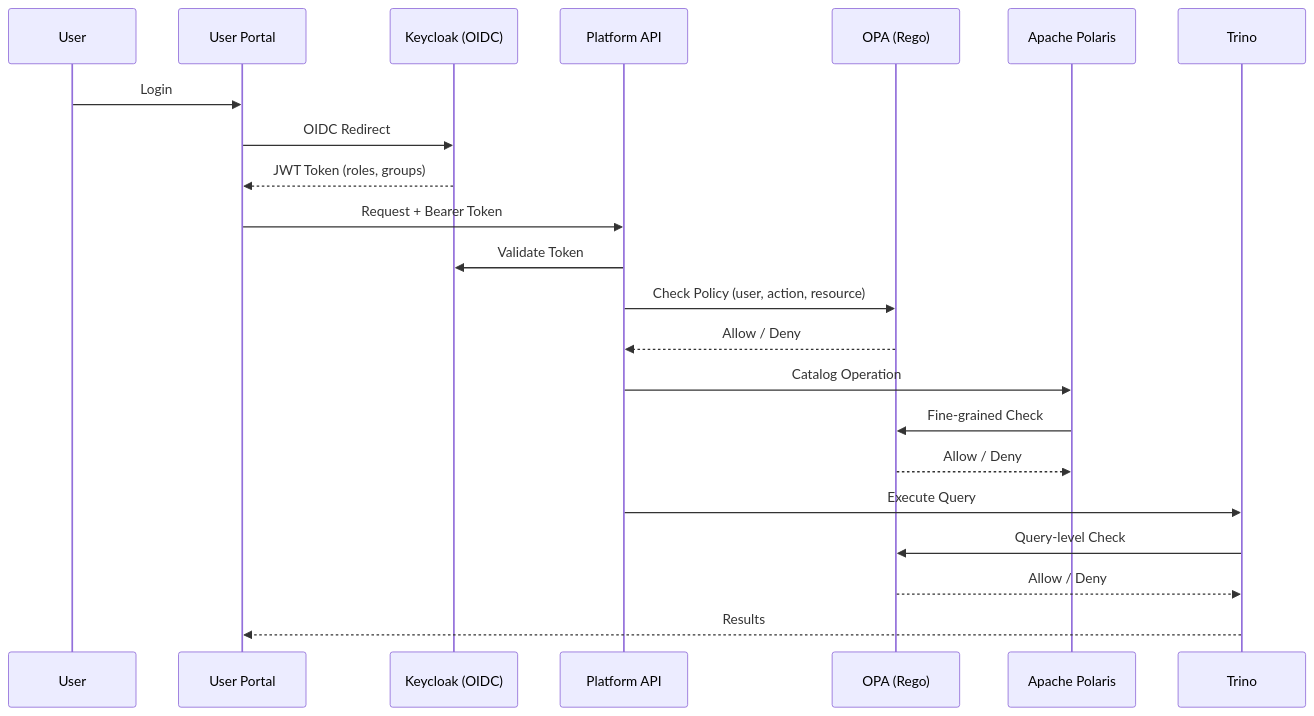
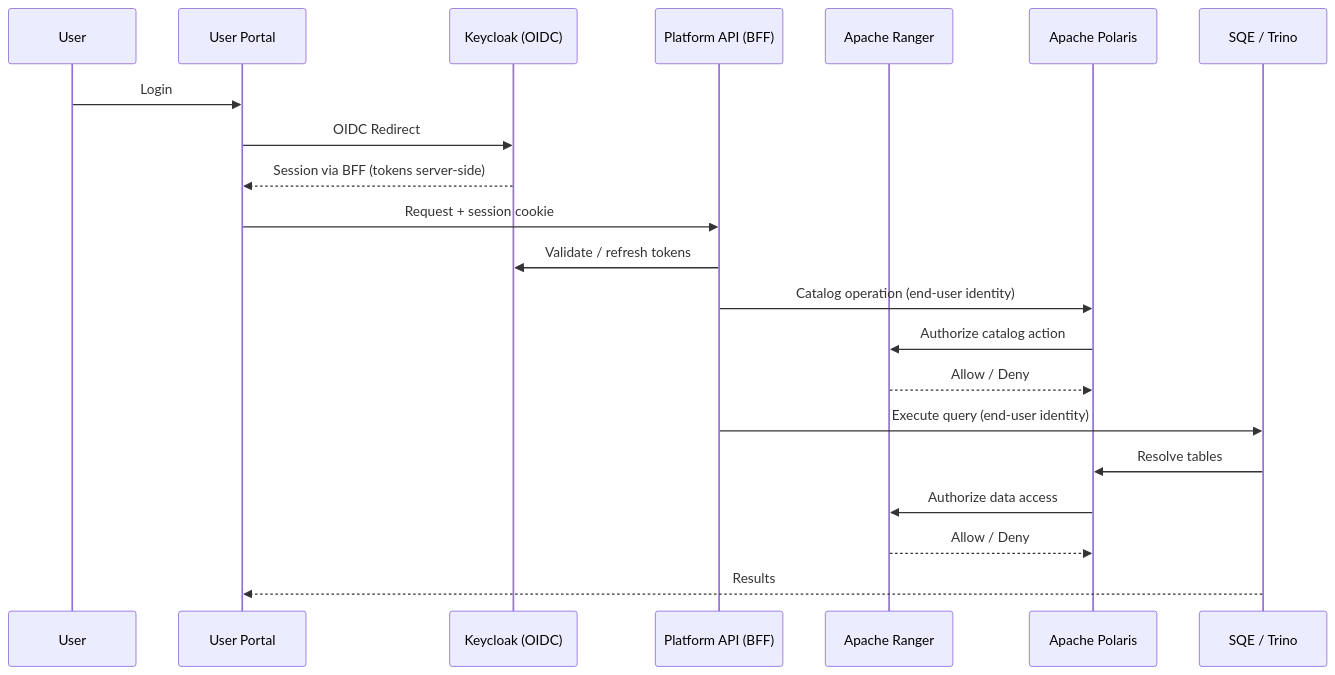
The third of 6 diagrams in src/content/source/cloud-independent-data-platform.md (getsqe/platform), drawn with Mermaid before and after one commit. The commit also changed other lines of this file and 5 other files, not shown here.

First line of the commit message:
content: OPA → Apache Ranger across the site, refresh from DP source

````diff
--- a/src/content/source/cloud-independent-data-platform.md
+++ b/src/content/source/cloud-independent-data-platform.md
@@ -127,25 +126,24 @@
 ```mermaid
 sequenceDiagram
     participant User
     participant Portal as User Portal
     participant KC as Keycloak (OIDC)
-    participant API as Platform API
-    participant OPA as OPA (Rego)
+    participant API as Platform API (BFF)
+    participant Ranger as Apache Ranger
     participant Polaris as Apache Polaris
-    participant Trino as Trino
+    participant Trino as SQE / Trino
 
     User->>Portal: Login
     Portal->>KC: OIDC Redirect
-    KC-->>Portal: JWT Token (roles, groups)
-    Portal->>API: Request + Bearer Token
-    API->>KC: Validate Token
-    API->>OPA: Check Policy (user, action, resource)
-    OPA-->>API: Allow / Deny
-    API->>Polaris: Catalog Operation
-    Polaris->>OPA: Fine-grained Check
-    OPA-->>Polaris: Allow / Deny
-    API->>Trino: Execute Query
-    Trino->>OPA: Query-level Check
-    OPA-->>Trino: Allow / Deny
+    KC-->>Portal: Session via BFF (tokens server-side)
+    Portal->>API: Request + session cookie
+    API->>KC: Validate / refresh tokens
+    API->>Polaris: Catalog operation (end-user identity)
+    Polaris->>Ranger: Authorize catalog action
+    Ranger-->>Polaris: Allow / Deny
+    API->>Trino: Execute query (end-user identity)
+    Trino->>Polaris: Resolve tables
+    Polaris->>Ranger: Authorize data access
+    Ranger-->>Polaris: Allow / Deny
     Trino-->>Portal: Results
 ```
````
